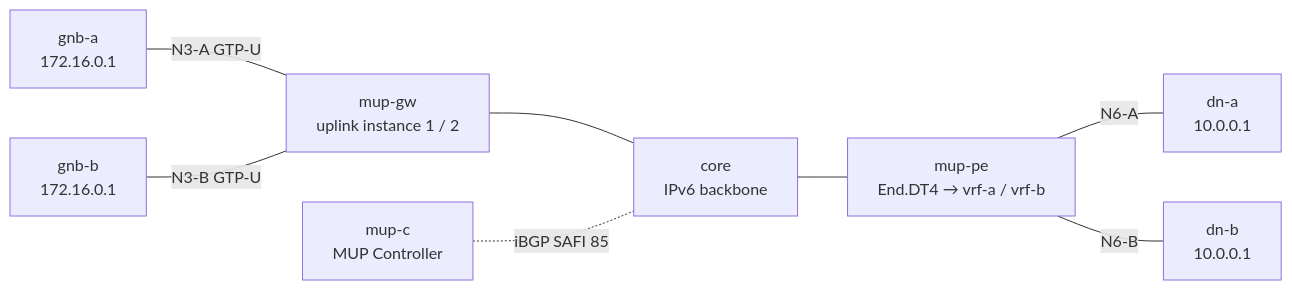
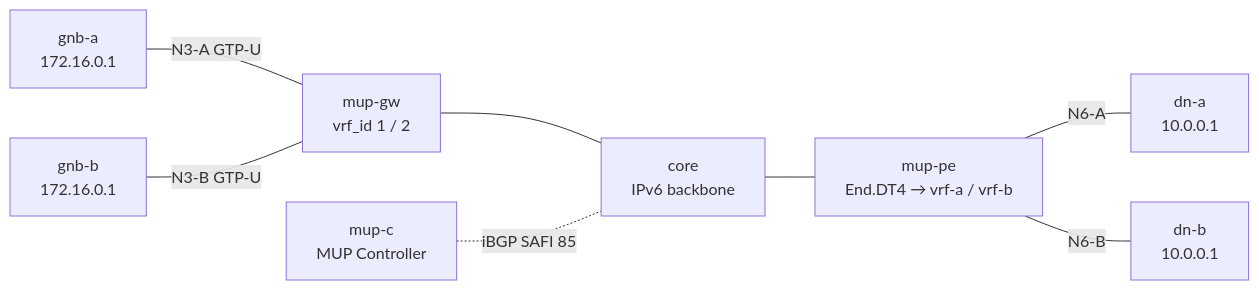
The diagram in examples/interop-clab/scenarios/mup-2site-multivrf/README.ja.md (takehaya/Vinbero), drawn with Mermaid before and after one commit. The commit also changed other lines of this file and 48 other files, not shown here.

````diff
--- a/examples/interop-clab/scenarios/mup-2site-multivrf/README.ja.md
+++ b/examples/interop-clab/scenarios/mup-2site-multivrf/README.ja.md
@@ -14,19 +14,19 @@
 ```mermaid
 graph LR
     GNBA["gnb-a<br/>172.16.0.1"]
     GNBB["gnb-b<br/>172.16.0.1"]
-    GW["mup-gw<br/>uplink instance 1 / 2"]
+    GW["mup-gw<br/>vrf_id 1 / 2"]
     CORE["core<br/>IPv6 backbone"]
     PE["mup-pe<br/>End.DT4 → vrf-a / vrf-b"]
     DNA["dn-a<br/>10.0.0.1"]
     DNB["dn-b<br/>10.0.0.1"]
     MC["mup-c<br/>MUP Controller"]
 
     GNBA ---|"N3-A GTP-U"| GW
     GNBB ---|"N3-B GTP-U"| GW
     GW --- CORE
     CORE --- PE
     PE ---|N6-A| DNA
     PE ---|N6-B| DNB
     MC -.iBGP SAFI 85.- CORE
 ```
````
